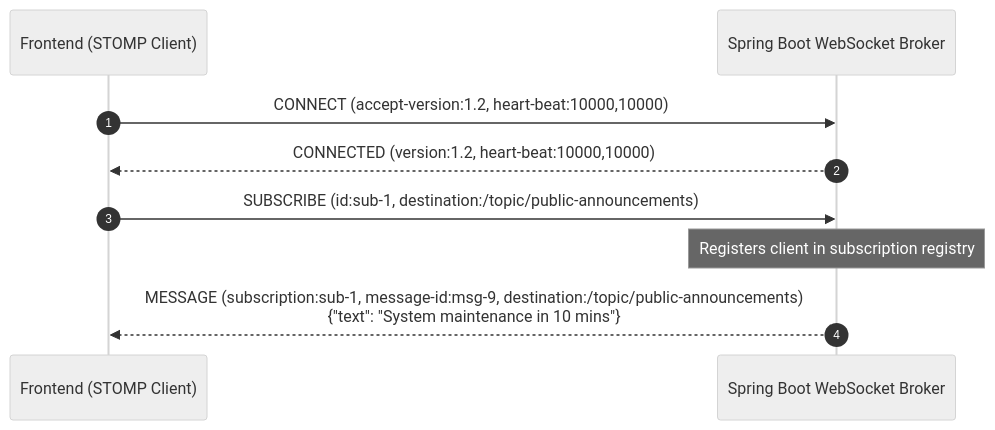
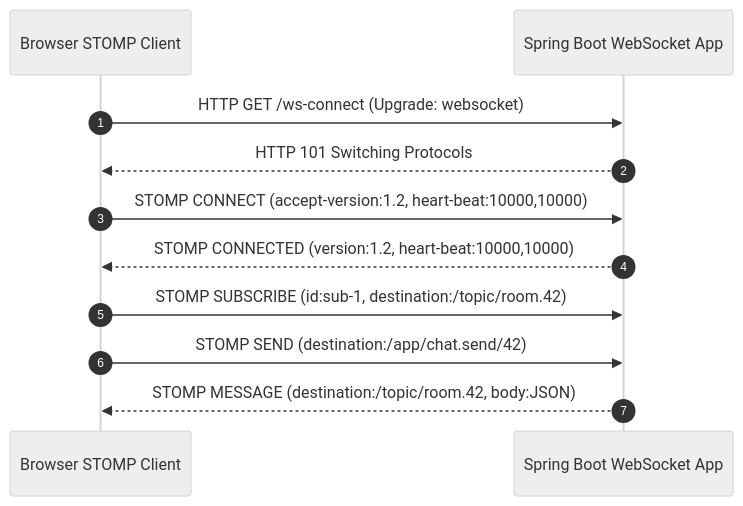
The first of 4 diagrams in content/roadmap/level-9/real-time-messaging-websockets-sse.md (ravishankar2463/java_hub), drawn with Mermaid (neutral theme) before and after one commit. The commit also changed other lines of this file and 119 other files, not shown here.

Commit message:
feat: add comprehensive java learning roadmap content across multiple levels

````diff
--- a/content/roadmap/level-9/real-time-messaging-websockets-sse.md
+++ b/content/roadmap/level-9/real-time-messaging-websockets-sse.md
@@ -140,14 +67,14 @@
 ```mermaid
 sequenceDiagram
     autonumber
-    participant Client as Frontend (STOMP Client)
-    participant Broker as Spring Boot WebSocket Broker
+    participant Client as Browser STOMP Client
+    participant Spring as Spring Boot WebSocket App
 
-    Client->>Broker: CONNECT (accept-version:1.2, heart-beat:10000,10000)
-    Broker-->>Client: CONNECTED (version:1.2, heart-beat:10000,10000)
-
-    Client->>Broker: SUBSCRIBE (id:sub-1, destination:/topic/public-announcements)
-    Note over Broker: Registers client in subscription registry
-
-    Broker-->>Client: MESSAGE (subscription:sub-1, message-id:msg-9, destination:/topic/public-announcements)<br/>{"text": "System maintenance in 10 mins"}
+    Client->>Spring: HTTP GET /ws-connect (Upgrade: websocket)
+    Spring-->>Client: HTTP 101 Switching Protocols
+    Client->>Spring: STOMP CONNECT (accept-version:1.2, heart-beat:10000,10000)
+    Spring-->>Client: STOMP CONNECTED (version:1.2, heart-beat:10000,10000)
+    Client->>Spring: STOMP SUBSCRIBE (id:sub-1, destination:/topic/room.42)
+    Client->>Spring: STOMP SEND (destination:/app/chat.send/42)
+    Spring-->>Client: STOMP MESSAGE (destination:/topic/room.42, body:JSON)
 ```
````
